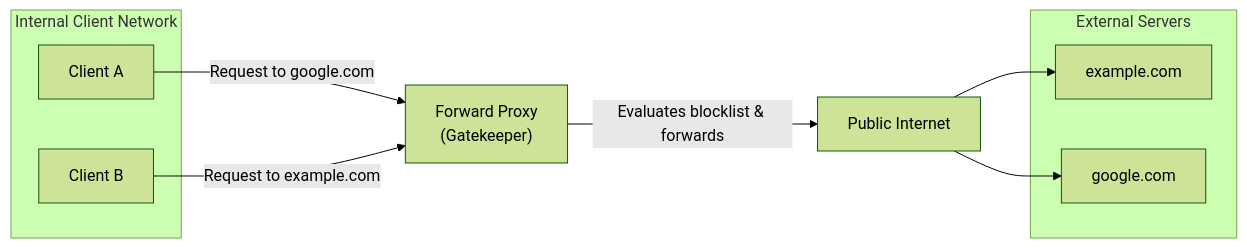
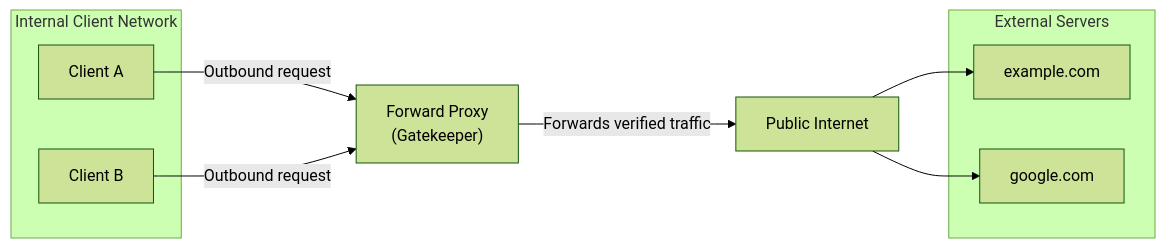
The first of 2 diagrams in forward_proxy_tutorial.md (Chandan-Sir-Debasish/02.forwardproxy-1), drawn with Mermaid (forest theme) before and after one commit. The commit also changed other lines of this file and 2 other files, not shown here.

````diff
--- a/forward_proxy_tutorial.md
+++ b/forward_proxy_tutorial.md
@@ -27,21 +26,21 @@
 ```mermaid
 graph LR
-    subgraph Internal Client Network
+    subgraph "Internal Client Network"
         ClientA["Client A"]
         ClientB["Client B"]
     end
     
     Proxy["Forward Proxy<br>(Gatekeeper)"]
     Internet["Public Internet"]
     
-    subgraph External Servers
+    subgraph "External Servers"
         DestA["example.com"]
         DestB["google.com"]
     end
 
-    ClientA -->|Request to google.com| Proxy
-    ClientB -->|Request to example.com| Proxy
-    Proxy -->|Evaluates blocklist & forwards| Internet
+    ClientA -->|Outbound request| Proxy
+    ClientB -->|Outbound request| Proxy
+    Proxy -->|Forwards verified traffic| Internet
     Internet --> DestA
     Internet --> DestB
 ```
````
